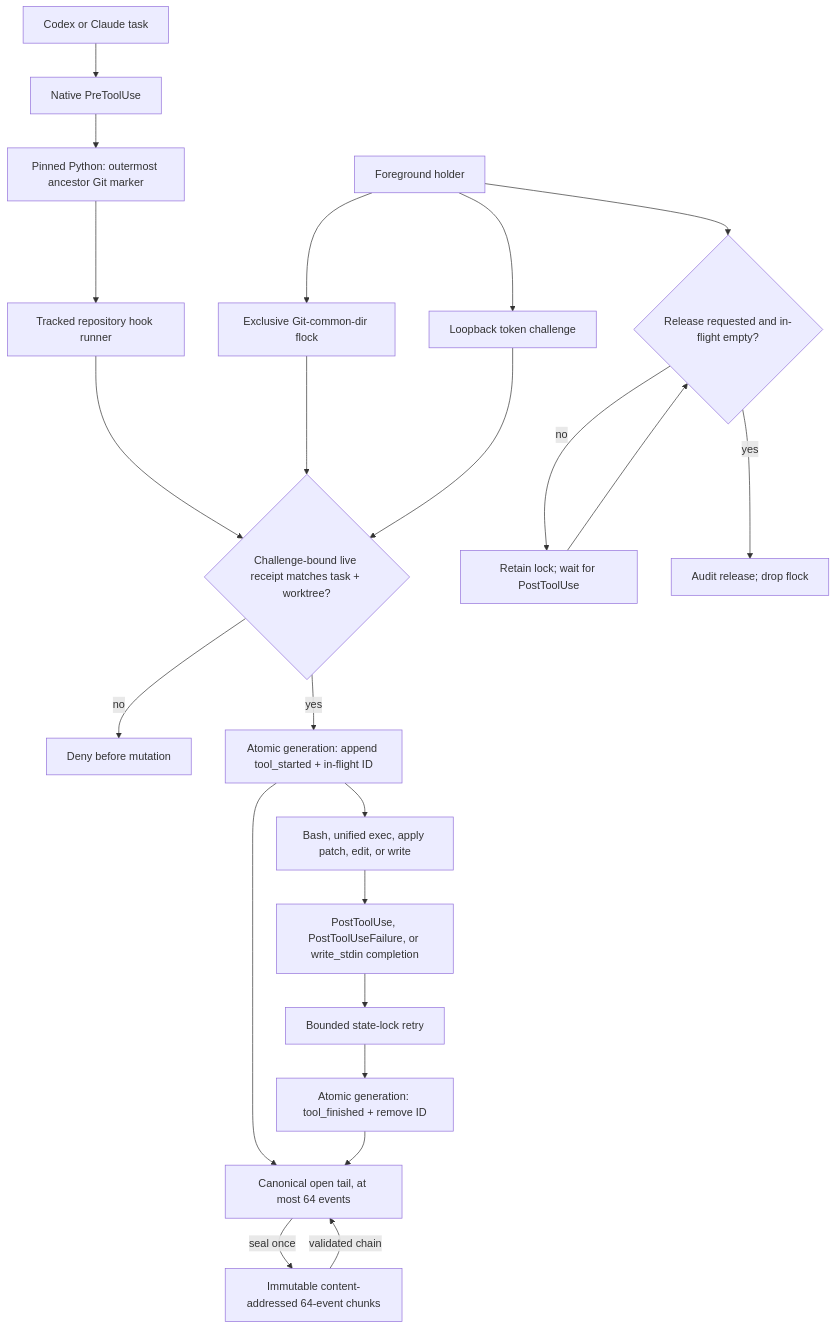
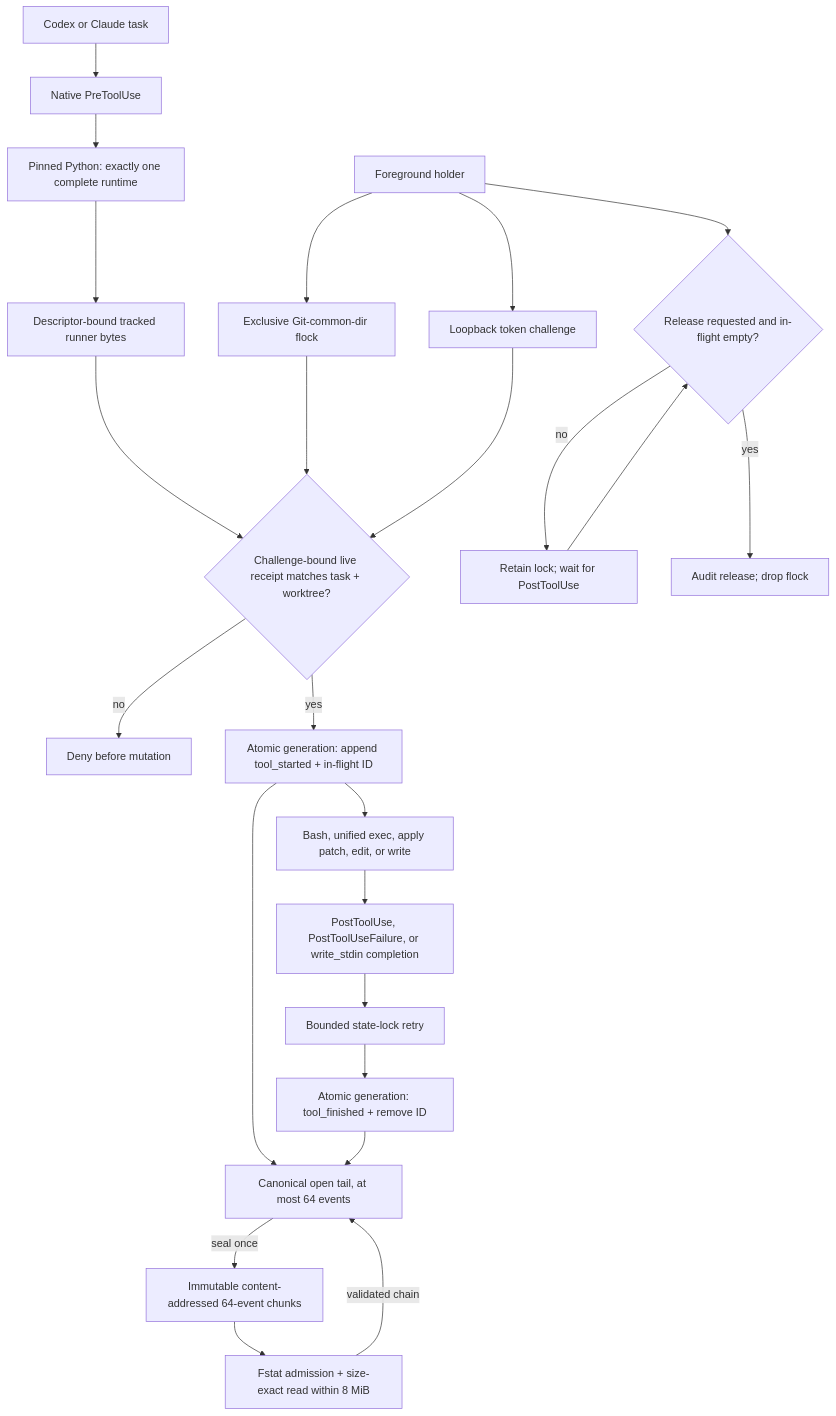
One commit to ray-manaloto/dotfiles changed the first of 3 diagrams in docs/specs/codex-writer-lease.md. Above: the diagram before and after it, drawn with Mermaid. The commit also changed other lines of this file and 8 other files, not shown here.

````diff
--- a/docs/specs/codex-writer-lease.md
+++ b/docs/specs/codex-writer-lease.md
@@ -131,26 +137,27 @@
 ```mermaid
 flowchart TB
     T["Codex or Claude task"] --> PRE["Native PreToolUse"]
-    PRE --> ROOT["Pinned Python: outermost ancestor Git marker"]
-    ROOT --> RUNNER["Tracked repository hook runner"]
+    PRE --> ROOT["Pinned Python: exactly one complete runtime"]
+    ROOT --> RUNNER["Descriptor-bound tracked runner bytes"]
     RUNNER --> OWN
     OWN{"Challenge-bound live receipt matches task + worktree?"}
     OWN -->|"no"| DENY["Deny before mutation"]
     OWN -->|"yes"| START["Atomic generation: append tool_started + in-flight ID"]
     START --> TOOL["Bash, unified exec, apply patch, edit, or write"]
     TOOL --> POST["PostToolUse, PostToolUseFailure, or write_stdin completion"]
     POST --> RETRY["Bounded state-lock retry"]
     RETRY --> FINISH["Atomic generation: tool_finished + remove ID"]
     START --> TAIL["Canonical open tail, at most 64 events"]
     FINISH --> TAIL
     TAIL -->|"seal once"| CHUNK["Immutable content-addressed 64-event chunks"]
-    CHUNK -->|"validated chain"| TAIL
+    CHUNK --> BUDGET["Fstat admission + size-exact read within 8 MiB"]
+    BUDGET -->|"validated chain"| TAIL
     HOLD["Foreground holder"] --> LOCK["Exclusive Git-common-dir flock"]
     HOLD --> CHAL["Loopback token challenge"]
     LOCK --> OWN
     CHAL --> OWN
     HOLD --> DRAIN{"Release requested and in-flight empty?"}
     DRAIN -->|"no"| WAIT["Retain lock; wait for PostToolUse"]
     WAIT --> DRAIN
     DRAIN -->|"yes"| RELEASE["Audit release; drop flock"]
 ```
````
